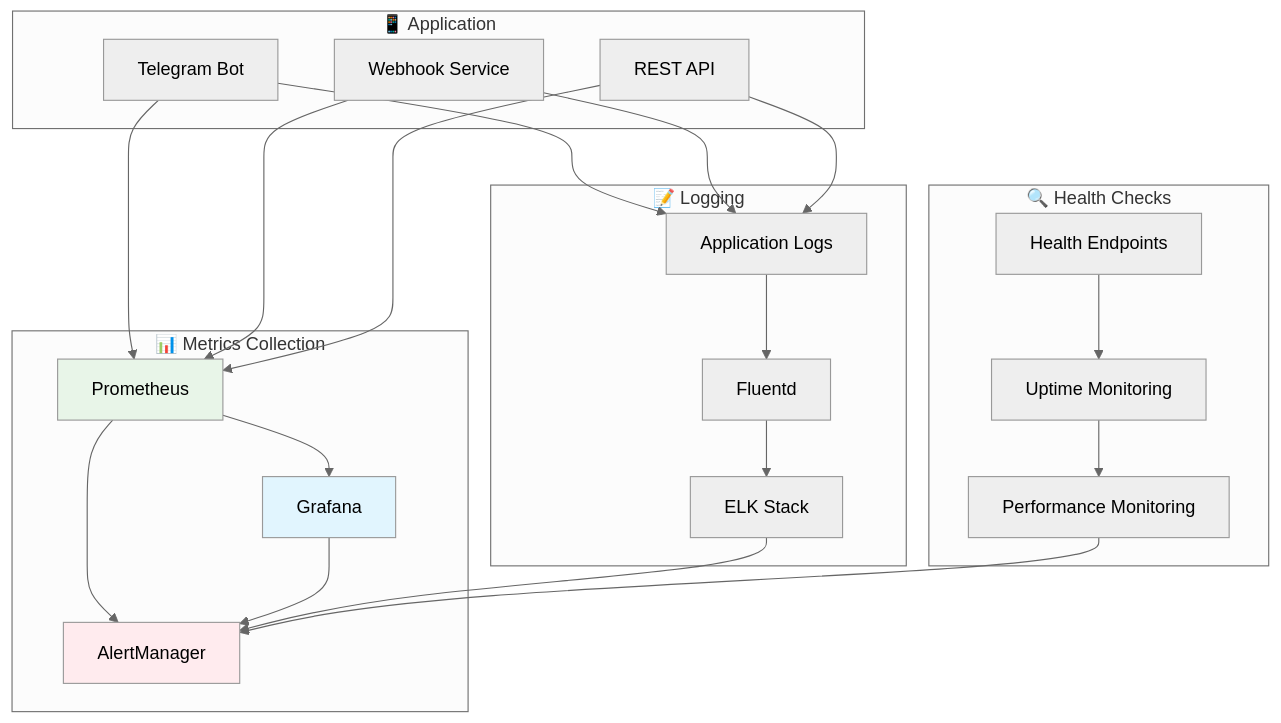
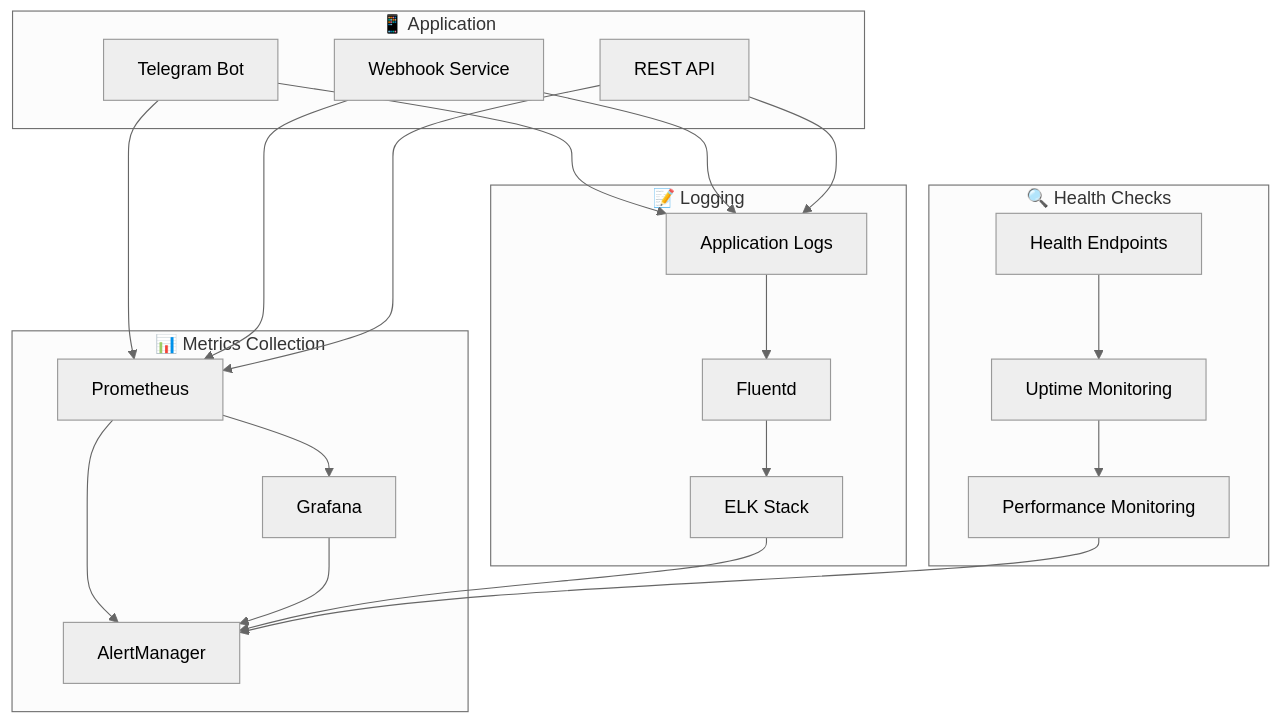
One commit to neKamita/Mirza-Telegram-Shop-Bot changed the ninth of 9 diagrams in docs/ARCHITECTURE.md. Above: the diagram before and after it, drawn with Mermaid (neutral theme). The commit also changed other lines of this file and 2 other files, not shown here.

````diff
--- a/docs/ARCHITECTURE.md
+++ b/docs/ARCHITECTURE.md
@@ -360,51 +331,48 @@
 ```mermaid
 graph TB
     subgraph "📱 Application"
         BOT[Telegram Bot]
         WEB[Webhook Service]
         API[REST API]
     end
     
     subgraph "📊 Metrics Collection"
         PROM[Prometheus]
         GRAF[Grafana]
         ALERT[AlertManager]
     end
     
     subgraph "📝 Logging"
         LOGS[Application Logs]
         ELK[ELK Stack]
         FLUENT[Fluentd]
     end
     
     subgraph "🔍 Health Checks"
         HEALTH[Health Endpoints]
         UPTIME[Uptime Monitoring]
         PERF[Performance Monitoring]
     end
     
     BOT --> PROM
     WEB --> PROM
     API --> PROM
     
     BOT --> LOGS
     WEB --> LOGS
     API --> LOGS
     
     PROM --> GRAF
     PROM --> ALERT
     
     LOGS --> FLUENT
     FLUENT --> ELK
     
     HEALTH --> UPTIME
     UPTIME --> PERF
     
     GRAF --> ALERT
     ELK --> ALERT
     PERF --> ALERT
     
-    style PROM fill:#e8f5e8
-    style GRAF fill:#e1f5fe
-    style ALERT fill:#ffebee
 ```
````
